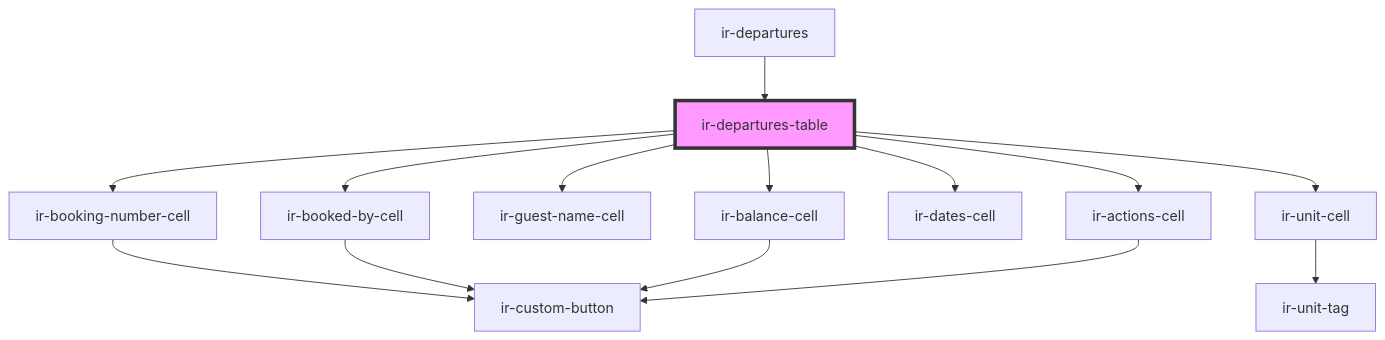
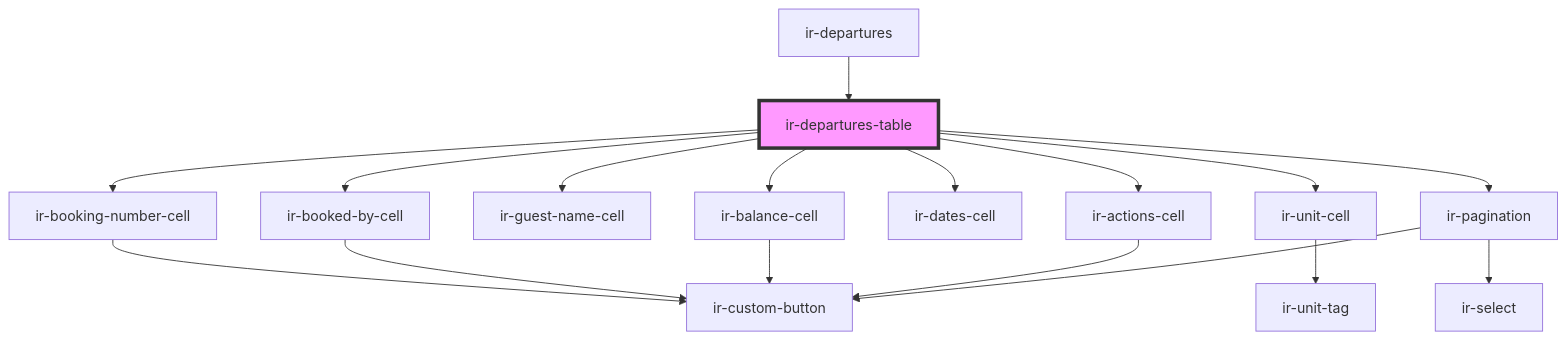
Before and after one commit to David1Chowaifaty/modified-ir-webcmp: the diagram in src/components/ir-departures/ir-departures-table/readme.md, drawn with Mermaid. The commit also changed other lines of this file and 13 other files, not shown here.

````diff
--- a/src/components/ir-departures/ir-departures-table/readme.md
+++ b/src/components/ir-departures/ir-departures-table/readme.md
@@ -25,17 +26,20 @@
 ```mermaid
 graph TD;
   ir-departures-table --> ir-booking-number-cell
   ir-departures-table --> ir-booked-by-cell
   ir-departures-table --> ir-guest-name-cell
   ir-departures-table --> ir-unit-cell
   ir-departures-table --> ir-dates-cell
   ir-departures-table --> ir-balance-cell
   ir-departures-table --> ir-actions-cell
+  ir-departures-table --> ir-pagination
   ir-booking-number-cell --> ir-custom-button
   ir-booked-by-cell --> ir-custom-button
   ir-unit-cell --> ir-unit-tag
   ir-balance-cell --> ir-custom-button
   ir-actions-cell --> ir-custom-button
+  ir-pagination --> ir-select
+  ir-pagination --> ir-custom-button
   ir-departures --> ir-departures-table
   style ir-departures-table fill:#f9f,stroke:#333,stroke-width:4px
 ```
````
